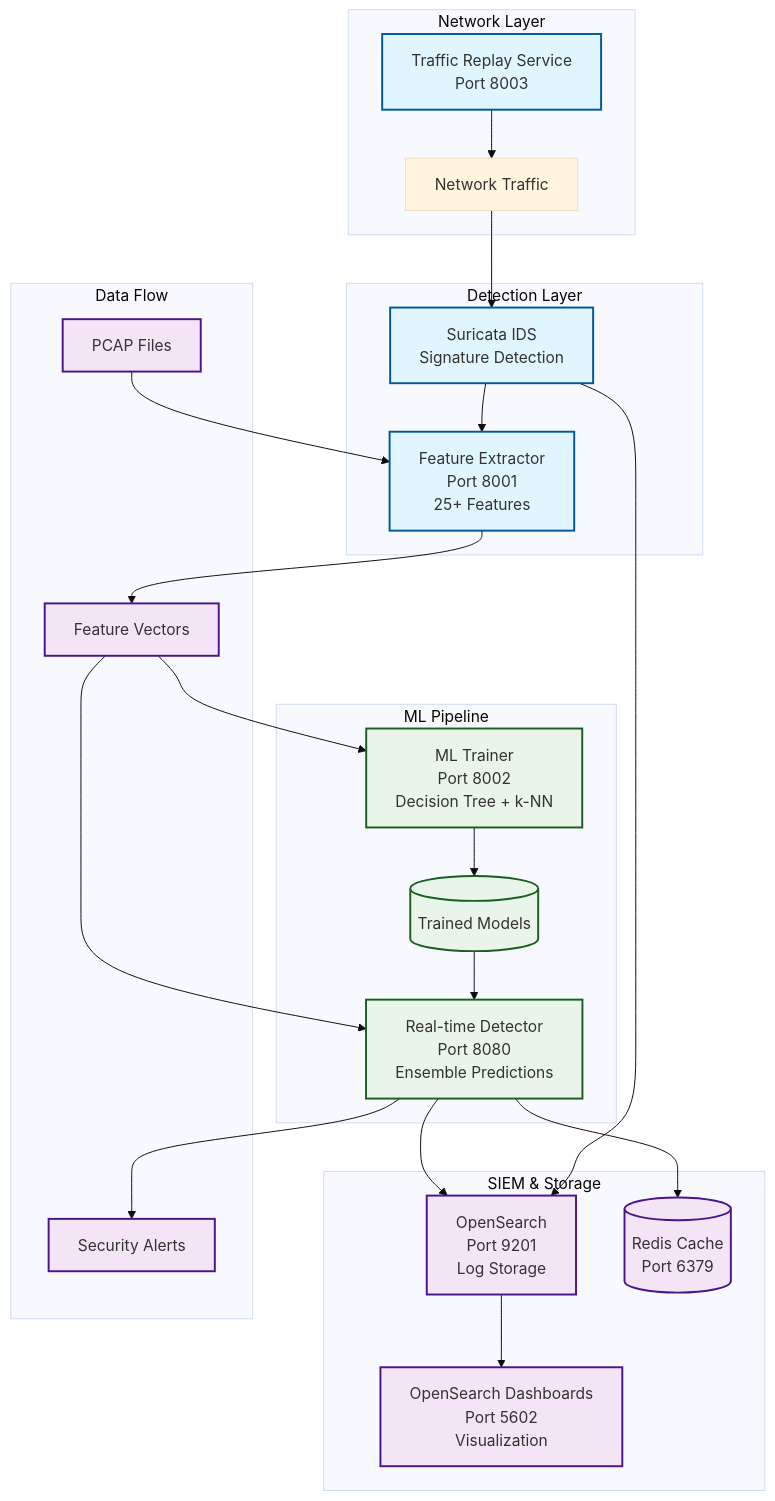
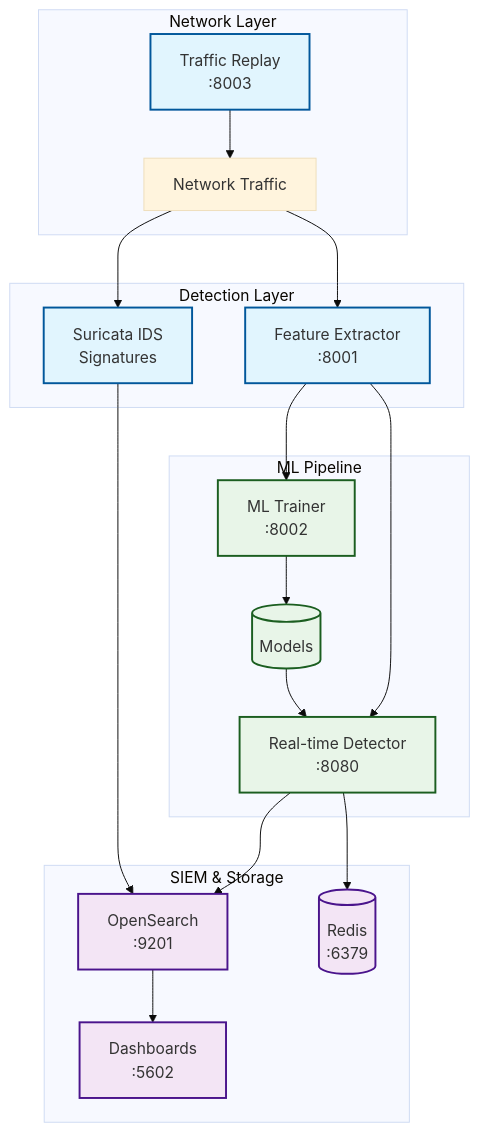
The first of 5 diagrams in README.md (holdennguyen/suricata-ml-ids), drawn with Mermaid (base theme) before and after one commit. The commit also changed other lines of this file and 1 other file, not shown here.

First line of the commit message:
fix: resolve git tracking and optimize Mermaid diagrams

````diff
--- a/README.md
+++ b/README.md
@@ -24,53 +24,44 @@
 ```mermaid
 graph TB
     subgraph "Network Layer"
         Traffic[Network Traffic]
-        Replay[Traffic Replay Service<br/>Port 8003]
+        Replay[Traffic Replay<br/>:8003]
     end
     
     subgraph "Detection Layer"
-        Suricata[Suricata IDS<br/>Signature Detection]
-        FE[Feature Extractor<br/>Port 8001<br/>25+ Features]
+        Suricata[Suricata IDS<br/>Signatures]
+        FE[Feature Extractor<br/>:8001]
     end
     
     subgraph "ML Pipeline"
-        Trainer[ML Trainer<br/>Port 8002<br/>Decision Tree + k-NN]
-        Models[(Trained Models)]
-        RD[Real-time Detector<br/>Port 8080<br/>Ensemble Predictions]
+        Trainer[ML Trainer<br/>:8002]
+        Models[(Models)]
+        RD[Real-time Detector<br/>:8080]
     end
     
     subgraph "SIEM & Storage"
-        OS[OpenSearch<br/>Port 9201<br/>Log Storage]
-        OSD[OpenSearch Dashboards<br/>Port 5602<br/>Visualization]
-        Redis[(Redis Cache<br/>Port 6379)]
-    end
-    
-    subgraph "Data Flow"
-        PCAP[PCAP Files]
-        Features[Feature Vectors]
-        Alerts[Security Alerts]
+        OS[OpenSearch<br/>:9201]
+        OSD[Dashboards<br/>:5602]
+        Redis[(Redis<br/>:6379)]
     end
     
     Traffic --> Suricata
+    Traffic --> FE
     Replay --> Traffic
-    Suricata --> FE
-    PCAP --> FE
-    FE --> Features
-    Features --> Trainer
+    Suricata --> OS
+    FE --> Trainer
     Trainer --> Models
     Models --> RD
-    Features --> RD
-    RD --> Alerts
-    Suricata --> OS
+    FE --> RD
     RD --> OS
     OS --> OSD
     RD --> Redis
     
     classDef serviceBox fill:#e1f5fe,stroke:#01579b,stroke-width:2px
     classDef dataBox fill:#f3e5f5,stroke:#4a148c,stroke-width:2px
     classDef mlBox fill:#e8f5e8,stroke:#1b5e20,stroke-width:2px
     
     class Suricata,FE,Replay serviceBox
     class Trainer,RD,Models mlBox
-    class OS,OSD,Redis,PCAP,Features,Alerts dataBox
+    class OS,OSD,Redis dataBox
 ```
````
